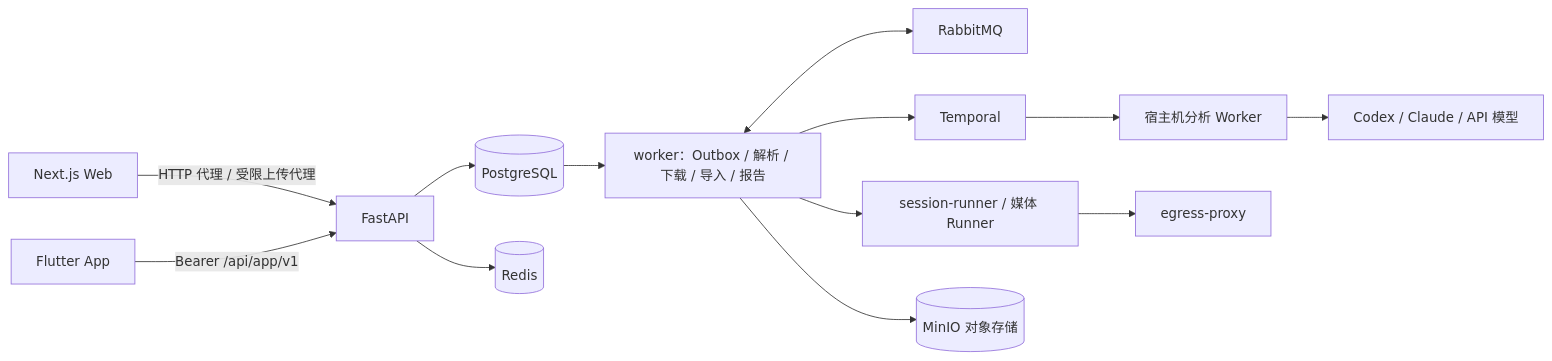
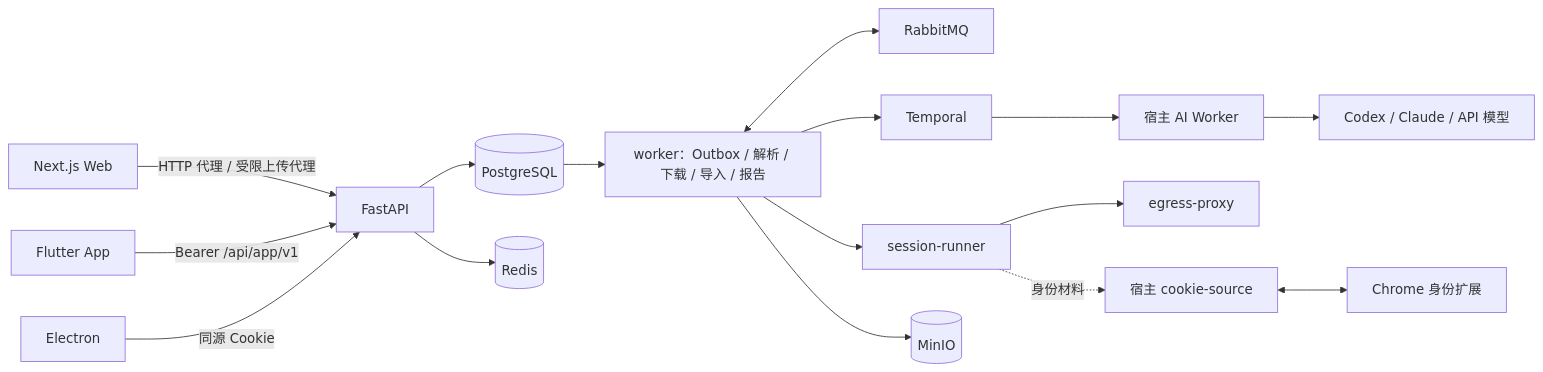
One commit to StephenQiu30/framefetch changed the diagram in docs/design/02-总体架构.md. Above: the diagram before and after it, drawn with Mermaid. The commit also changed other lines of this file and 38 other files, not shown here.

````diff
--- a/docs/design/02-总体架构.md
+++ b/docs/design/02-总体架构.md
@@ -9,15 +3,18 @@
 ```mermaid
 flowchart LR
   Web[Next.js Web] -->|HTTP 代理 / 受限上传代理| API[FastAPI]
   App[Flutter App] -->|Bearer /api/app/v1| API
+  Desktop[Electron] -->|同源 Cookie| API
   API --> PG[(PostgreSQL)]
   API --> Redis[(Redis)]
   PG --> W[worker：Outbox / 解析 / 下载 / 导入 / 报告]
   W <--> MQ[RabbitMQ]
   W --> T[Temporal]
-  T --> AN[宿主机分析 Worker]
-  W --> SR[session-runner / 媒体 Runner]
+  T --> AN[宿主 AI Worker]
+  W --> SR[session-runner]
   SR --> Proxy[egress-proxy]
-  W --> MinIO[(MinIO 对象存储)]
+  SR -.身份材料.-> CS[宿主 cookie-source]
+  CS <--> Ext[Chrome 身份扩展]
+  W --> MinIO[(MinIO)]
   AN --> AI[Codex / Claude / API 模型]
 ```
````
